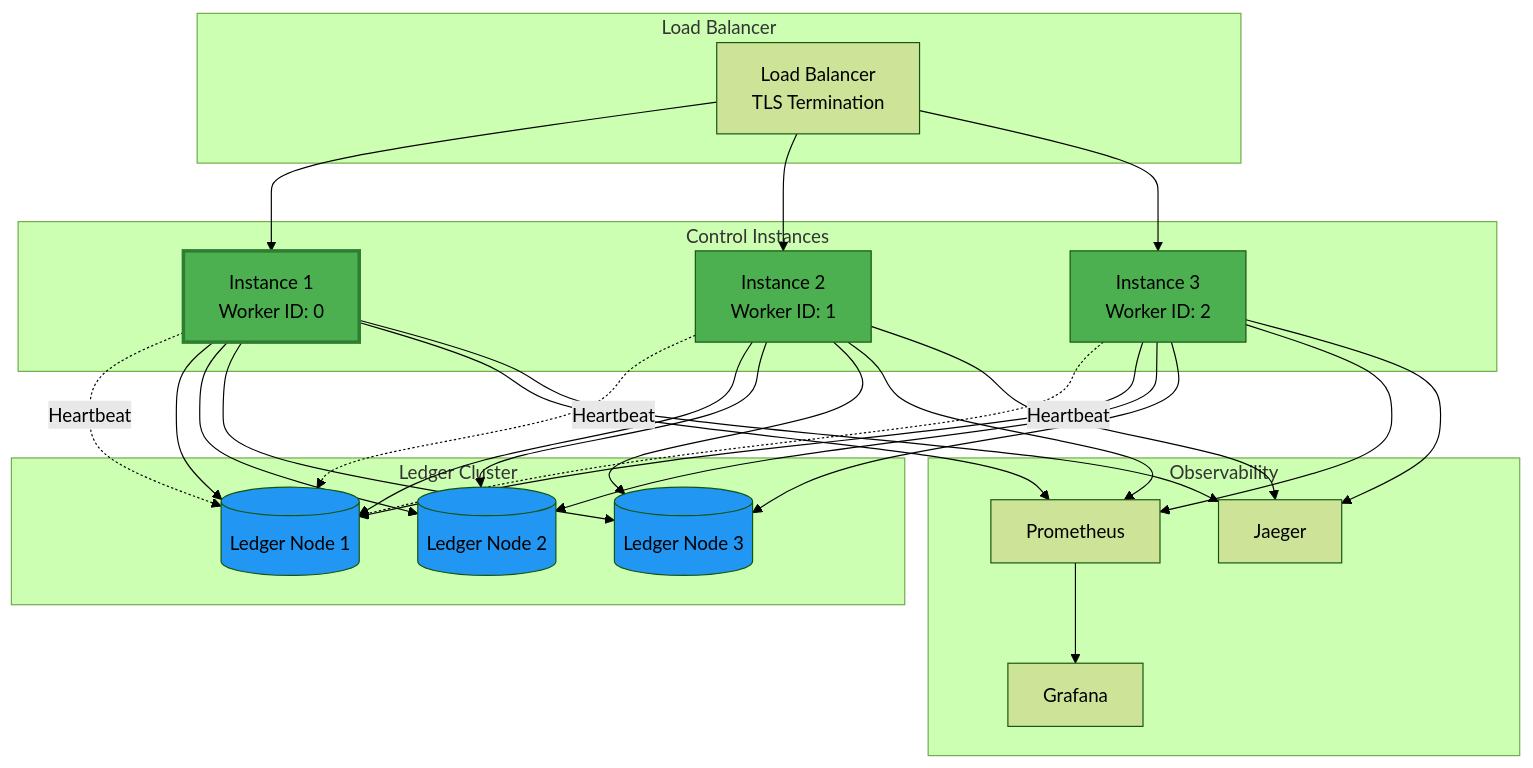
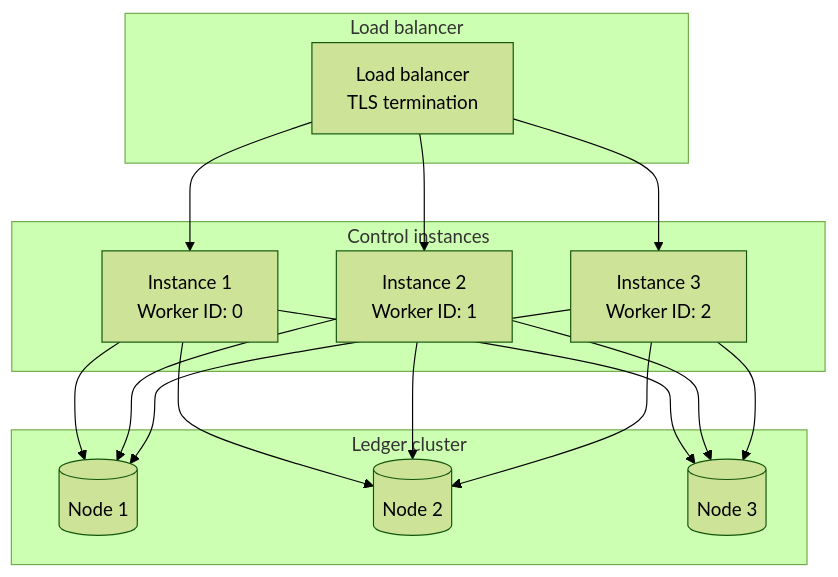
Before and after one commit to inferadb/control: the third of 5 diagrams in docs/architecture.md, drawn with Mermaid (forest theme). The commit also changed other lines of this file and 46 other files, not shown here.

````diff
--- a/docs/architecture.md
+++ b/docs/architecture.md
@@ -122,61 +119,34 @@
 ```mermaid
 graph TB
-    subgraph "Load Balancer"
-        LB[Load Balancer<br/>TLS Termination]
+    subgraph "Load balancer"
+        LB[Load balancer<br/>TLS termination]
     end
 
-    subgraph "Control Instances"
+    subgraph "Control instances"
         API1[Instance 1<br/>Worker ID: 0]
         API2[Instance 2<br/>Worker ID: 1]
         API3[Instance 3<br/>Worker ID: 2]
     end
 
-    subgraph "Ledger Cluster"
-        Ledger1[(Ledger Node 1)]
-        Ledger2[(Ledger Node 2)]
-        Ledger3[(Ledger Node 3)]
-    end
-
-    subgraph "Observability"
-        Prom[Prometheus]
-        Jaeger[Jaeger]
-        Grafana[Grafana]
+    subgraph "Ledger cluster"
+        Ledger1[(Node 1)]
+        Ledger2[(Node 2)]
+        Ledger3[(Node 3)]
     end
 
     LB --> API1
     LB --> API2
     LB --> API3
-
-    API1 -.Heartbeat.-> Ledger1
-    API2 -.Heartbeat.-> Ledger1
-    API3 -.Heartbeat.-> Ledger1
 
     API1 --> Ledger1
     API1 --> Ledger2
     API1 --> Ledger3
 
     API2 --> Ledger1
     API2 --> Ledger2
     API2 --> Ledger3
 
     API3 --> Ledger1
     API3 --> Ledger2
     API3 --> Ledger3
-
-    API1 --> Prom
-    API2 --> Prom
-    API3 --> Prom
-
-    API1 --> Jaeger
-    API2 --> Jaeger
-    API3 --> Jaeger
-
-    Prom --> Grafana
-
-    style API1 fill:#4CAF50,stroke:#2E7D32,stroke-width:3px
-    style API2 fill:#4CAF50
-    style API3 fill:#4CAF50
-    style Ledger1 fill:#2196F3
-    style Ledger2 fill:#2196F3
-    style Ledger3 fill:#2196F3
 ```
````
